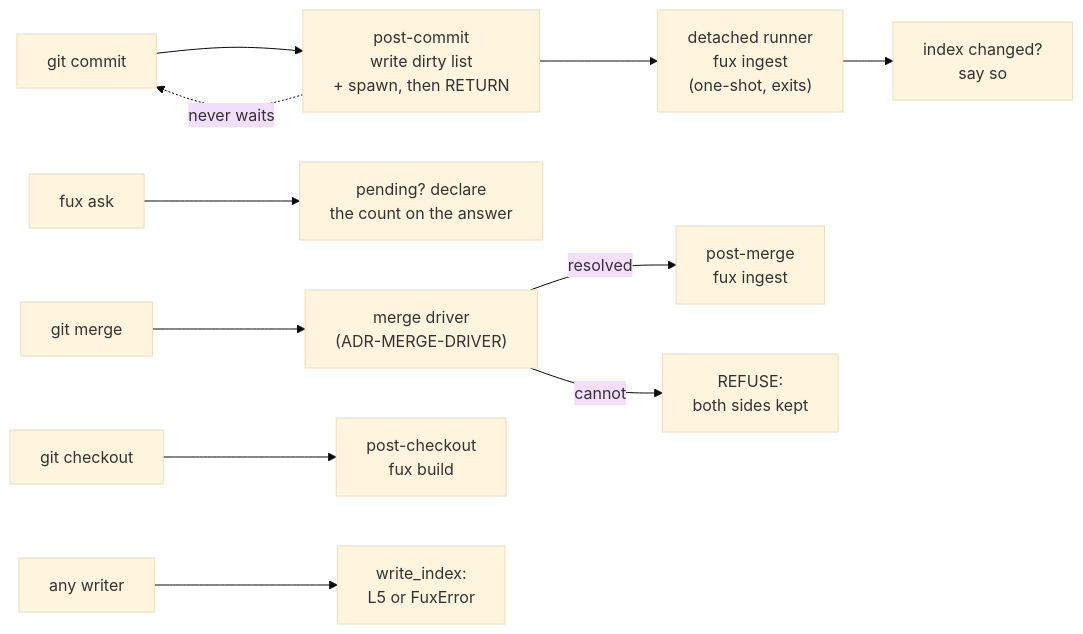
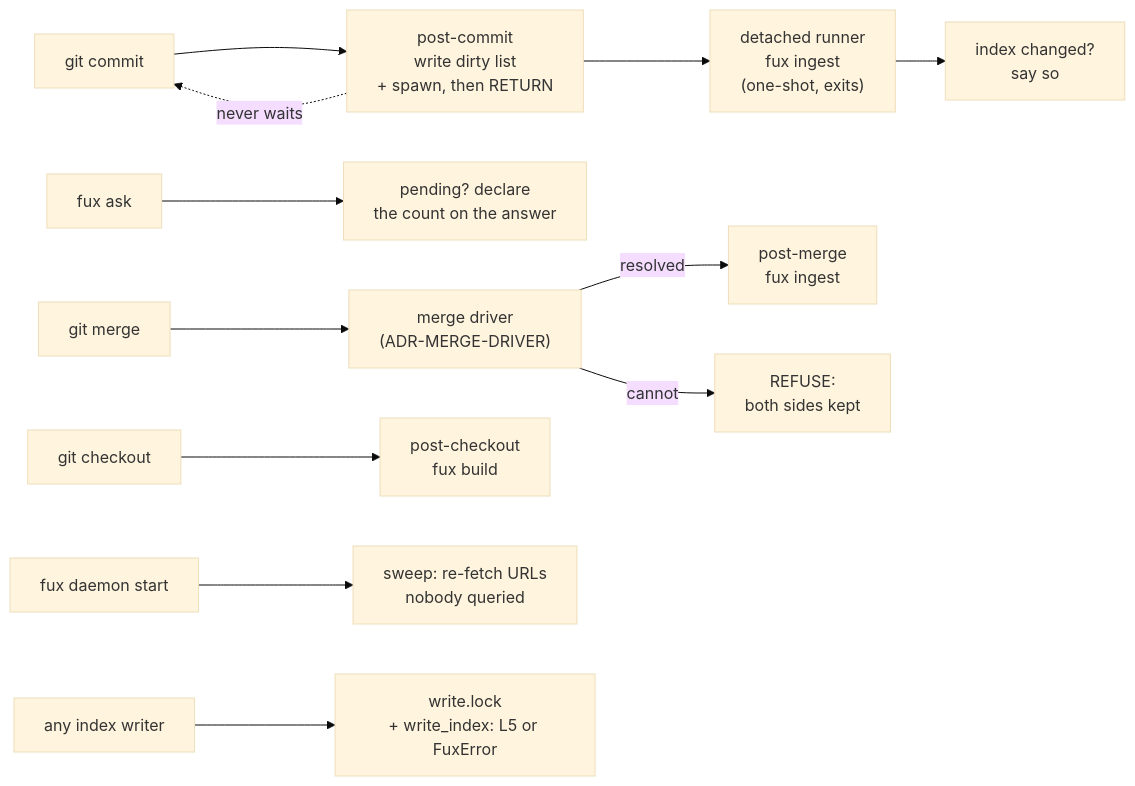
One commit to arpitarya/fux changed the diagram in docs/adr/0032_hooks.md. Above: the diagram before and after it, drawn with Mermaid (base theme). The commit also changed other lines of this file and 442 other files, not shown here.

````diff
--- a/docs/adr/0032_hooks.md
+++ b/docs/adr/0032_hooks.md
@@ -59,13 +32,14 @@
 ```mermaid
 flowchart LR
     C["git commit"] --> PC["post-commit<br/>write dirty list<br/>+ spawn, then RETURN"]
     PC --> RUN["detached runner<br/>fux ingest<br/>(one-shot, exits)"]
     RUN --> N["index changed?<br/>say so"]
     PC -.->|"never waits"| C
     ASK["fux ask"] --> W8["pending? declare<br/>the count on the answer"]
     M["git merge"] --> MD["merge driver<br/>(ADR-MERGE-DRIVER)"]
     MD -->|resolved| PM["post-merge<br/>fux ingest"]
     MD -->|"cannot"| R["REFUSE:<br/>both sides kept"]
     K["git checkout"] --> PK["post-checkout<br/>fux build"]
-    W["any writer"] --> L5["write_index:<br/>L5 or FuxError"]
+    D["fux daemon start"] --> SW["sweep: re-fetch URLs<br/>nobody queried"]
+    W["any index writer"] --> L5["write.lock<br/>+ write_index: L5 or FuxError"]
 ```
````
